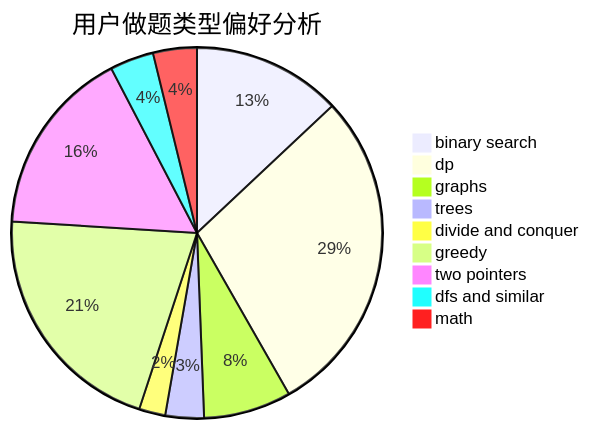
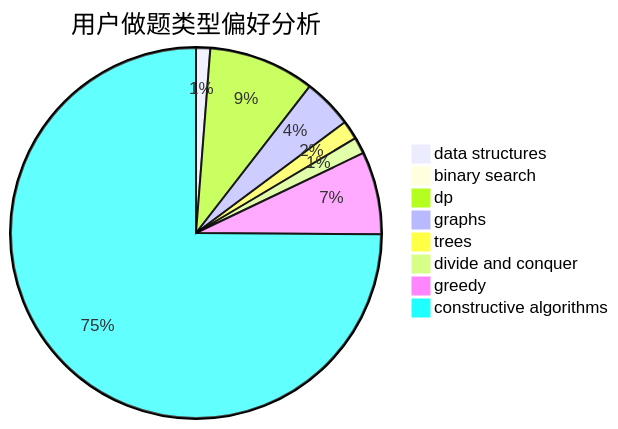
Before and after one commit to sherpahu/cfrs.github.io: the second of 3 diagrams in docs/user/u743.md, drawn with Mermaid. The commit also changed other lines of this file and 2775 other files, not shown here.

````diff
--- a/docs/user/u743.md
+++ b/docs/user/u743.md
@@ -23,12 +23,11 @@
 ```mermaid
 pie title 用户做题类型偏好分析
-    "binary search" :  85
-    "dp" :  188
-    "graphs" :  50
-    "trees" :  22
-    "divide and conquer" :  15
-    "greedy" :  137
-    "two pointers" :  107
-    "dfs and similar" :  25
-    "math" :  25
+    "data structures" :  6
+    "binary search" :  0
+    "dp" :  45
+    "graphs" :  21
+    "trees" :  8
+    "divide and conquer" :  7
+    "greedy" :  35
+    "constructive algorithms" :  364
 ```
````
